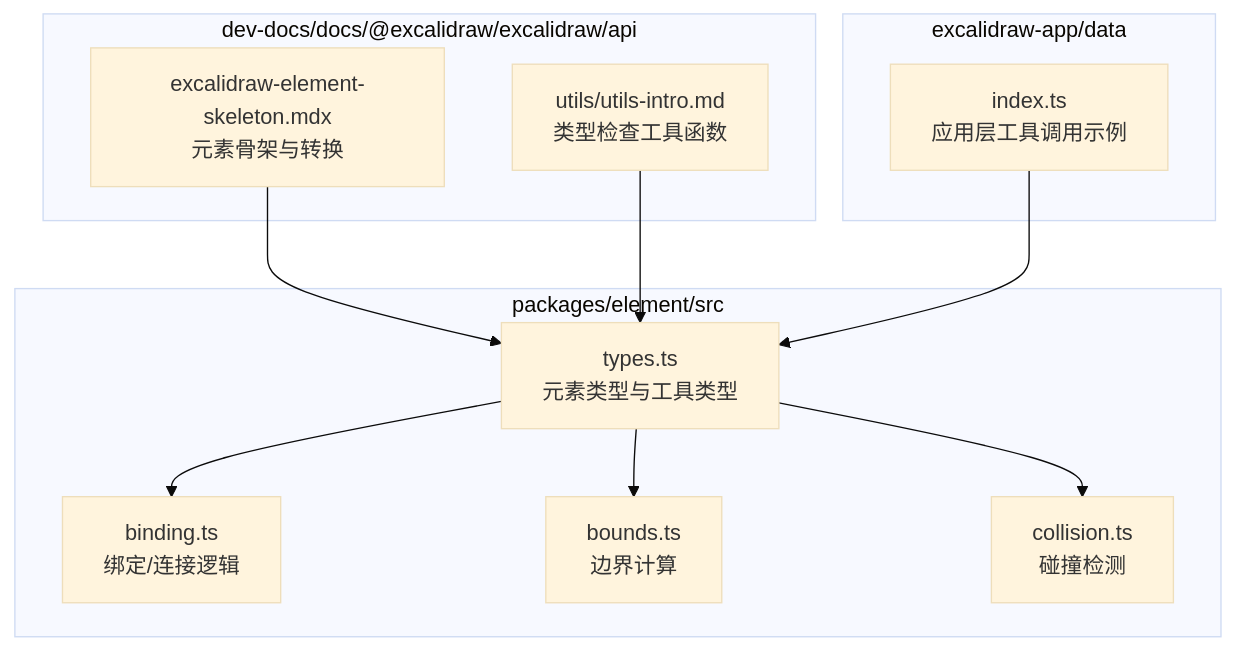
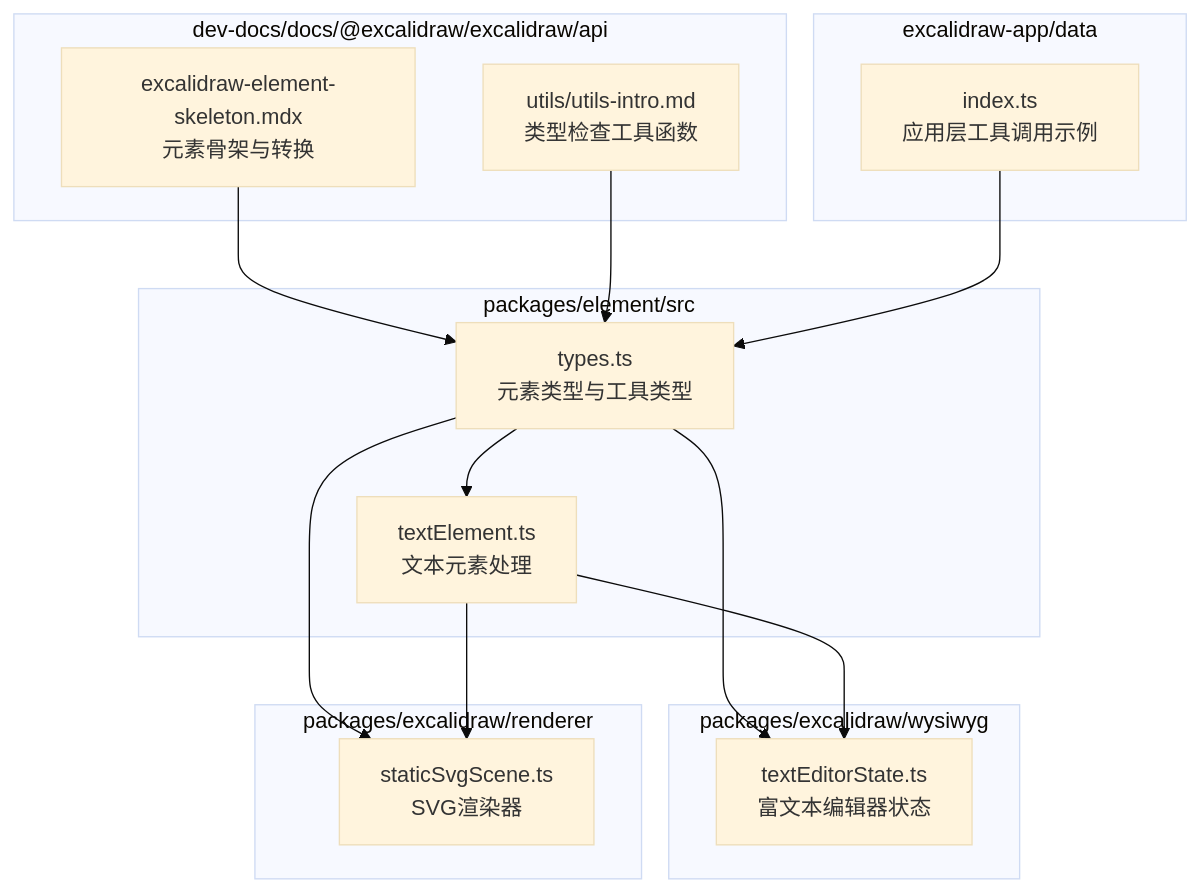
The first of 3 diagrams in .qoder/repowiki/zh/content/元素系统/元素类型定义.md (Az-qianchen/Excalidraw), drawn with Mermaid (base theme) before and after one commit. The commit also changed other lines of this file and 14 other files, not shown here.

````diff
--- a/.qoder/repowiki/zh/content/元素系统/元素类型定义.md
+++ b/.qoder/repowiki/zh/content/元素系统/元素类型定义.md
@@ -34,22 +49,28 @@
 ```mermaid
 graph TB
 subgraph "packages/element/src"
 T["types.ts<br/>元素类型与工具类型"]
-B["binding.ts<br/>绑定/连接逻辑"]
-BD["bounds.ts<br/>边界计算"]
-C["collision.ts<br/>碰撞检测"]
+TE["textElement.ts<br/>文本元素处理"]
+end
+subgraph "packages/excalidraw/wysiwyg"
+W["textEditorState.ts<br/>富文本编辑器状态"]
+end
+subgraph "packages/excalidraw/renderer"
+S["staticSvgScene.ts<br/>SVG渲染器"]
 end
 subgraph "dev-docs/docs/@excalidraw/excalidraw/api"
-S["excalidraw-element-skeleton.mdx<br/>元素骨架与转换"]
-U["utils/utils-intro.md<br/>类型检查工具函数"]
+SK["excalidraw-element-skeleton.mdx<br/>元素骨架与转换"]
+UT["utils/utils-intro.md<br/>类型检查工具函数"]
 end
 subgraph "excalidraw-app/data"
 D["index.ts<br/>应用层工具调用示例"]
 end
-T --> B
-T --> BD
-T --> C
-S --> T
-U --> T
+T --> TE
+T --> W
+T --> S
+TE --> W
+TE --> S
+SK --> T
+UT --> T
 D --> T
 ```
````
